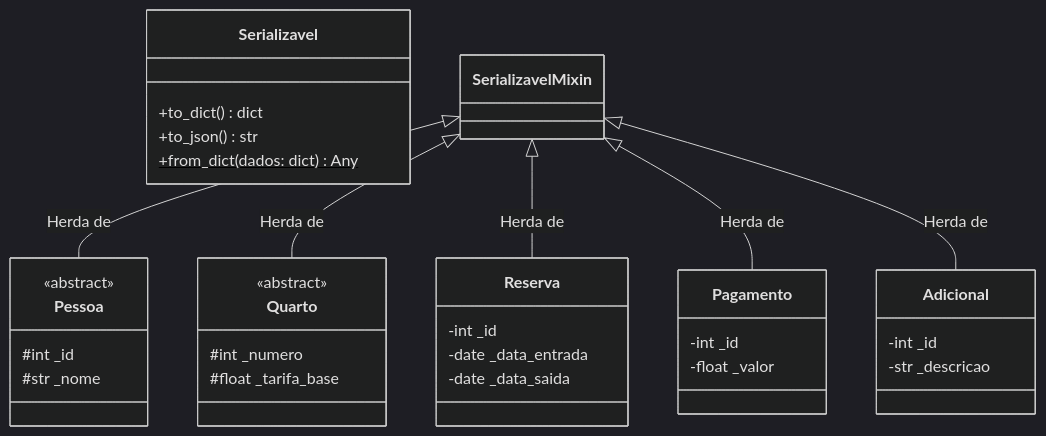
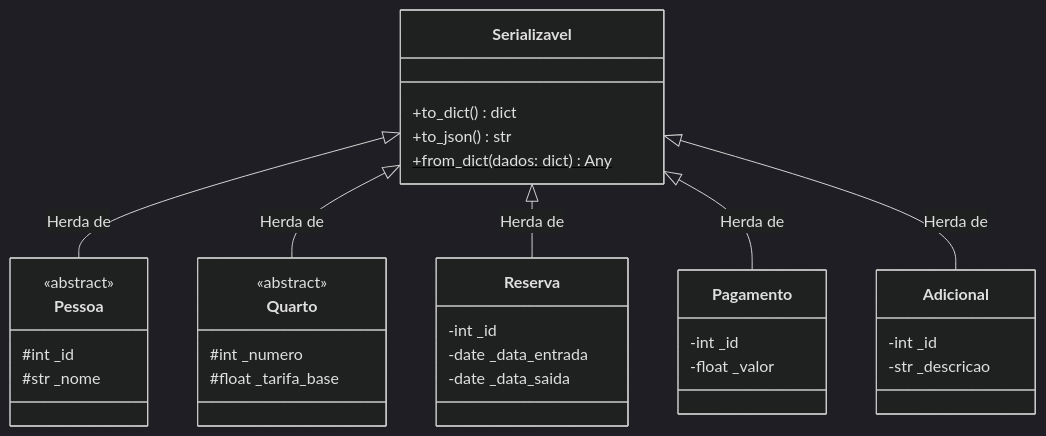
Before and after one commit to WandersonLobo/Sistema-de-Reserva-de-Hotel: the seventh of 23 diagrams in docs/uml_diagram.md, drawn with Mermaid (dark theme). The commit also changed other lines of this file and 1 other file, not shown here.

Commit message:
docs: update UML documentation to reflect class name changes from mixins to concrete classes

````diff
--- a/docs/uml_diagram.md
+++ b/docs/uml_diagram.md
@@ -200,44 +200,44 @@
 ```mermaid
 classDiagram
     %% Definição das Classes
     class Serializavel {
         +to_dict() dict
         +to_json() str
         +from_dict(dados: dict)$ Any
     }
 
     class Pessoa {
         <<abstract>>
         #int _id
         #str _nome
     }
 
     class Quarto {
         <<abstract>>
         #int _numero
         #float _tarifa_base
     }
 
     class Reserva {
         -int _id
         -date _data_entrada
         -date _data_saida
     }
 
     class Pagamento {
         -int _id
         -float _valor
     }
 
     class Adicional {
         -int _id
         -str _descricao
     }
 
     %% Relações de Herança
-    SerializavelMixin <|-- Pessoa : Herda de
-    SerializavelMixin <|-- Quarto : Herda de
-    SerializavelMixin <|-- Reserva : Herda de
-    SerializavelMixin <|-- Pagamento : Herda de
-    SerializavelMixin <|-- Adicional : Herda de
+    Serializavel <|-- Pessoa : Herda de
+    Serializavel <|-- Quarto : Herda de
+    Serializavel <|-- Reserva : Herda de
+    Serializavel <|-- Pagamento : Herda de
+    Serializavel <|-- Adicional : Herda de
 ```
````
